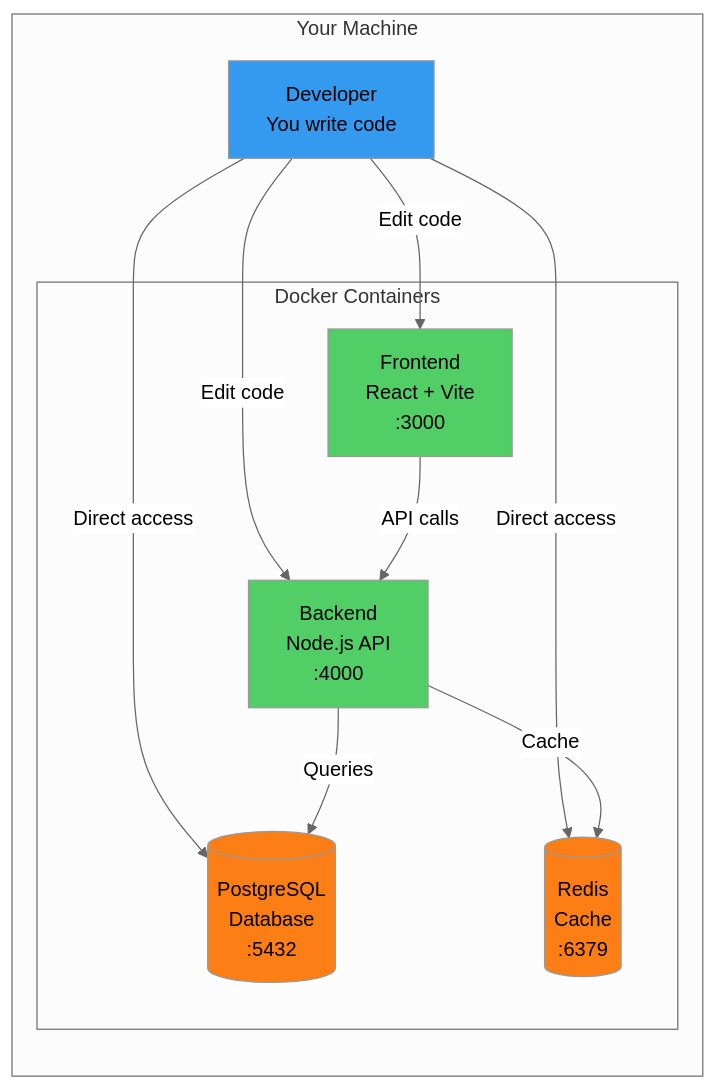
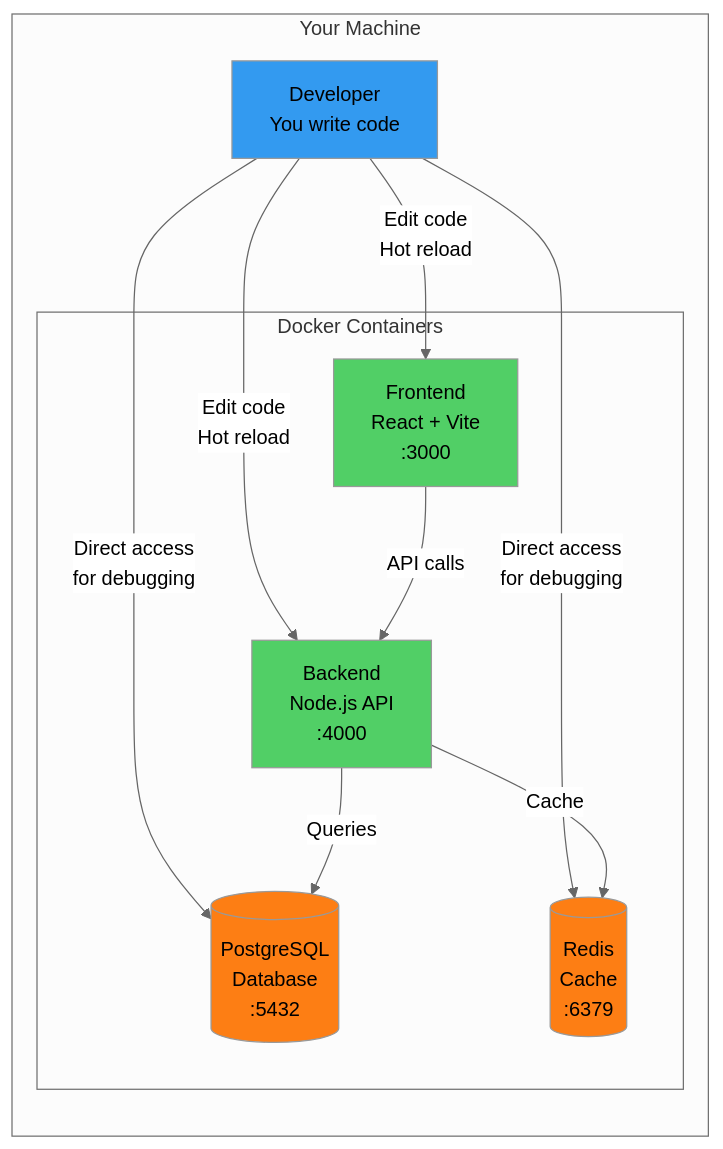
Before and after one commit to karinje/zero-to-running: the diagram in README.md, drawn with Mermaid (neutral theme). The commit also changed other lines of this file, not shown here.

````diff
--- a/README.md
+++ b/README.md
@@ -123,28 +53,28 @@
 ```mermaid
 graph LR
     subgraph "Your Machine"
         DEV[Developer<br/>You write code]
         
         subgraph "Docker Containers"
             FE[Frontend<br/>React + Vite<br/>:3000]
             BE[Backend<br/>Node.js API<br/>:4000]
             DB[(PostgreSQL<br/>Database<br/>:5432)]
             CACHE[(Redis<br/>Cache<br/>:6379)]
         end
     end
     
-    DEV -->|Edit code| FE
-    DEV -->|Edit code| BE
-    DEV -->|Direct access| DB
-    DEV -->|Direct access| CACHE
+    DEV -->|Edit code<br/>Hot reload| FE
+    DEV -->|Edit code<br/>Hot reload| BE
+    DEV -->|Direct access<br/>for debugging| DB
+    DEV -->|Direct access<br/>for debugging| CACHE
     
     FE -->|API calls| BE
     BE -->|Queries| DB
     BE -->|Cache| CACHE
     
     style DEV fill:#339af0
     style FE fill:#51cf66
     style BE fill:#51cf66
     style DB fill:#fd7e14
     style CACHE fill:#fd7e14
 ```
````
